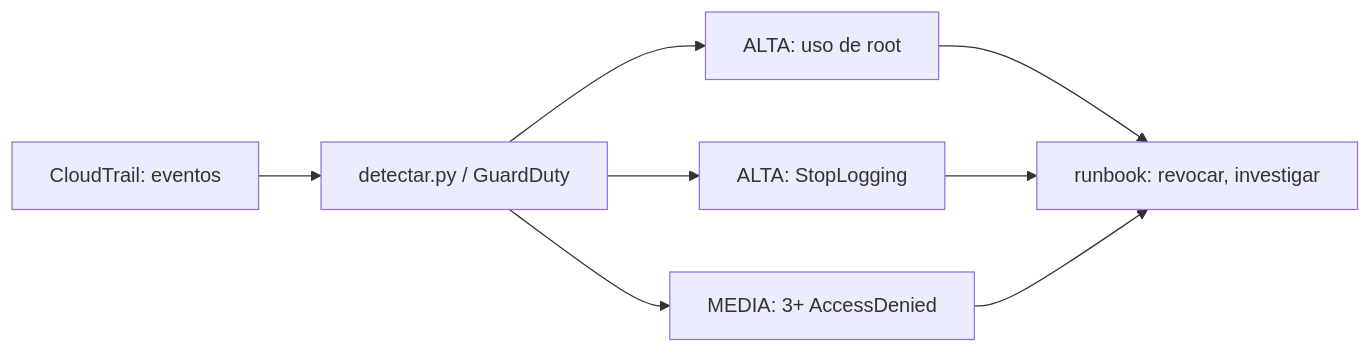
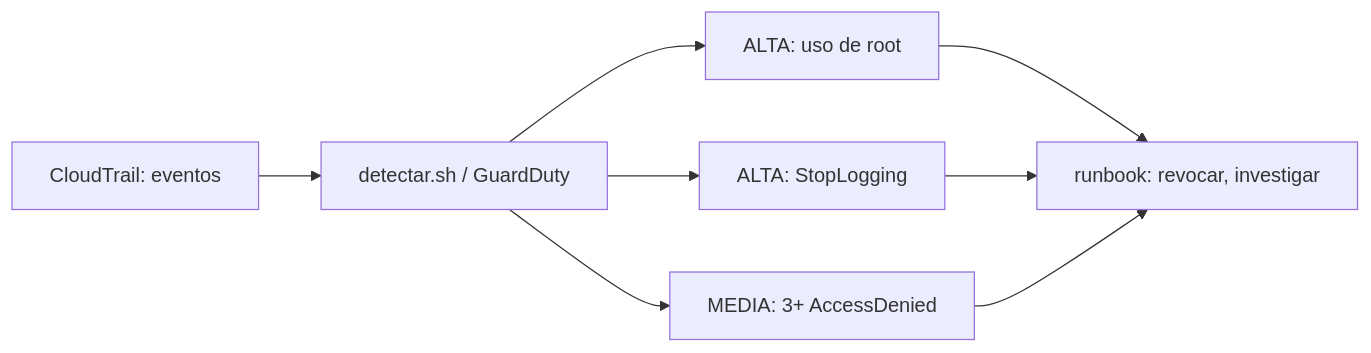
Diagram 13 of 14 in web/public/content/cloud/modulo-32.md (NICORUIZ93/The_Imperial_Book), drawn with Mermaid before and after one commit. The commit also changed other lines of this file and 16 other files, not shown here.

````diff
--- a/web/public/content/cloud/modulo-32.md
+++ b/web/public/content/cloud/modulo-32.md
@@ -344,8 +344,8 @@
 ```mermaid
 flowchart LR
-    CT["CloudTrail: eventos"] --> D["detectar.py / GuardDuty"]
+    CT["CloudTrail: eventos"] --> D["detectar.sh / GuardDuty"]
     D --> A1["ALTA: uso de root"]
     D --> A2["ALTA: StopLogging"]
     D --> A3["MEDIA: 3+ AccessDenied"]
     A1 & A2 & A3 --> R["runbook: revocar, investigar"]
 ```
````
